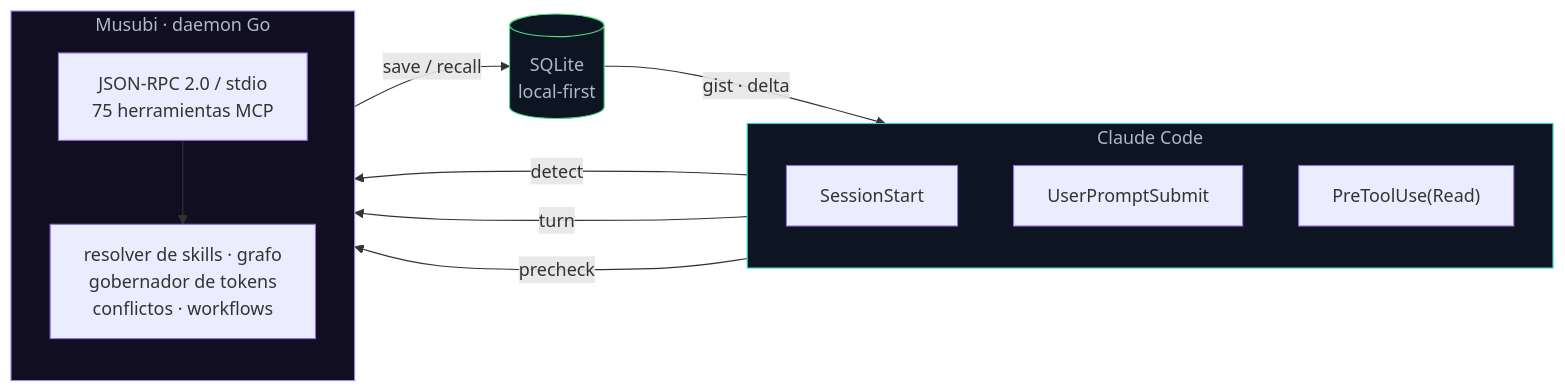
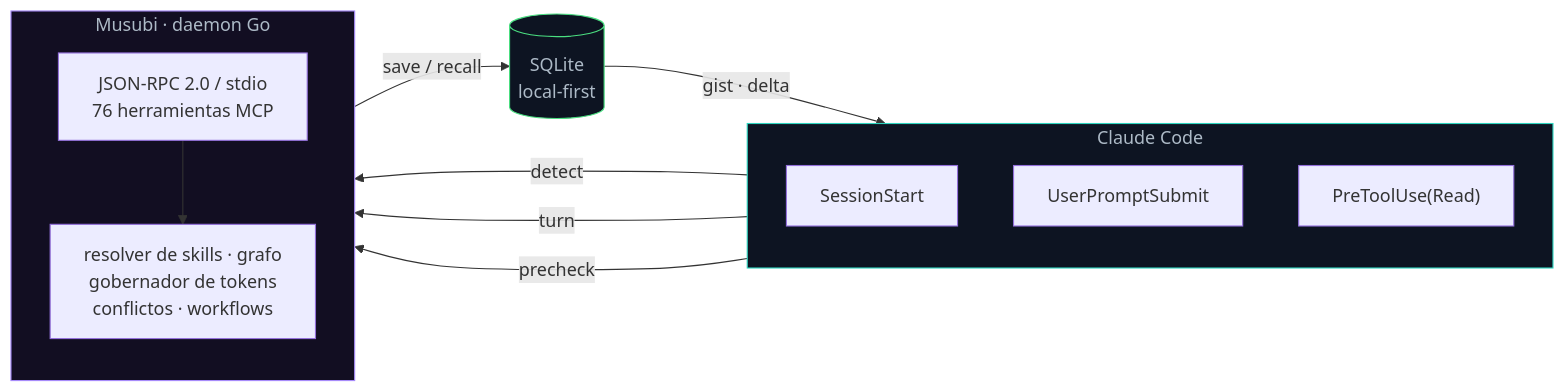
The first of 3 diagrams in README.md (codeabraham16/musubi), drawn with Mermaid before and after one commit. The commit also changed other lines of this file and 30 other files, not shown here.

````diff
--- a/README.md
+++ b/README.md
@@ -68,27 +68,27 @@
 ```mermaid
 flowchart LR
     subgraph CC["Claude Code"]
         direction TB
         H1["SessionStart"]
         H2["UserPromptSubmit"]
         H3["PreToolUse(Read)"]
     end
     subgraph M["Musubi · daemon Go"]
         direction TB
-        RPC["JSON-RPC 2.0 / stdio<br/>75 herramientas MCP"]
+        RPC["JSON-RPC 2.0 / stdio<br/>76 herramientas MCP"]
         COG["resolver de skills · grafo<br/>gobernador de tokens<br/>conflictos · workflows"]
     end
     DB[("SQLite<br/>local-first")]
 
     H1 -- "detect" --> RPC
     H2 -- "turn" --> RPC
     H3 -- "precheck" --> RPC
     RPC --> COG
     COG -- "save / recall" --> DB
     DB -- "gist · delta" --> CC
 
     classDef cc fill:#0d1422,stroke:#2dd4bf,color:#adbac7;
     classDef mm fill:#120e22,stroke:#a78bfa,color:#adbac7;
     classDef db fill:#0d1422,stroke:#4ade80,color:#adbac7;
     class CC cc; class M mm; class DB db;
 ```
````
